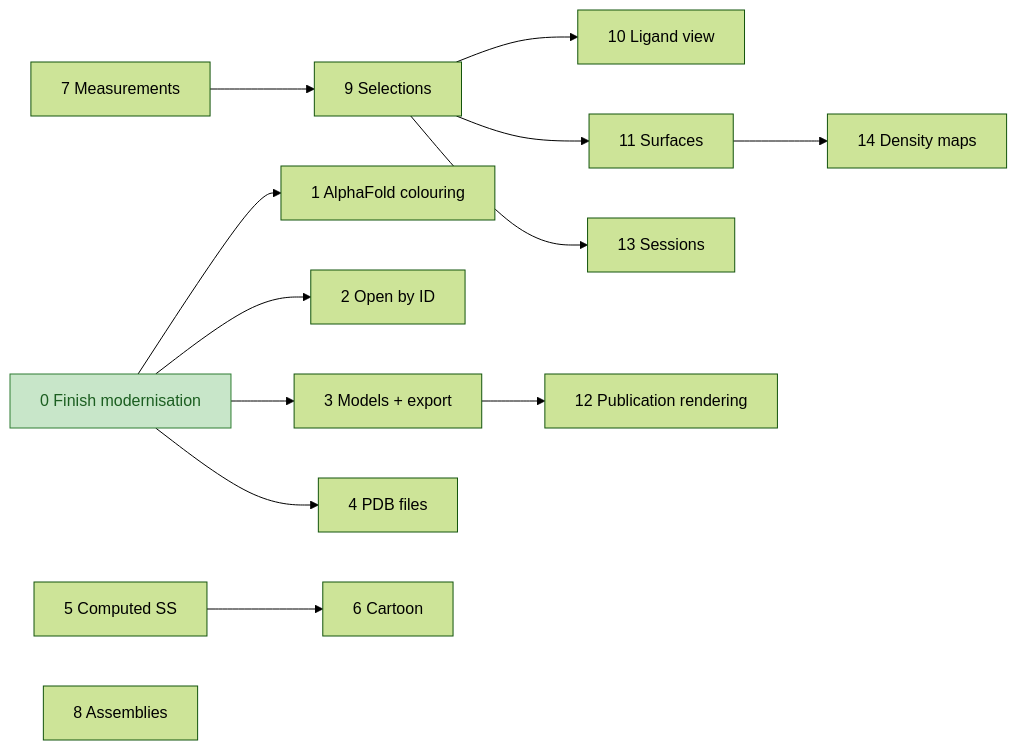
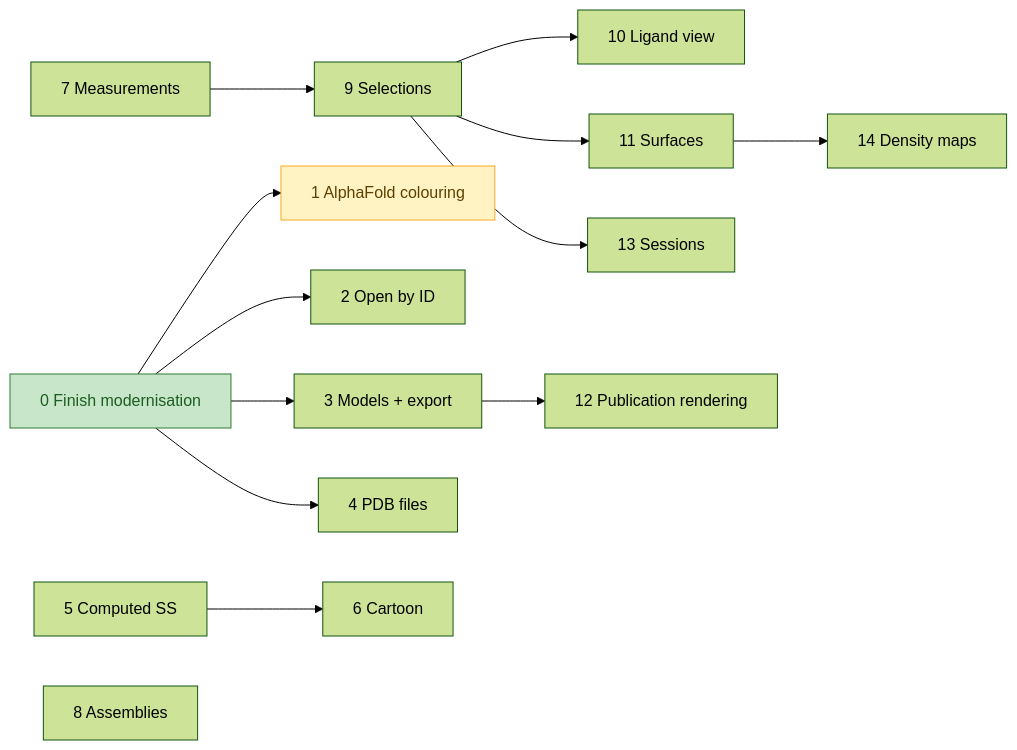
One commit to PorridgeBear/jmvs changed the diagram in docs/roadmap.md. Above: the diagram before and after it, drawn with Mermaid (forest theme). The commit also changed other lines of this file and 27 other files, not shown here.

````diff
--- a/docs/roadmap.md
+++ b/docs/roadmap.md
@@ -37,19 +37,20 @@
 ```mermaid
 flowchart LR
     S0[0 Finish modernisation] --> S1[1 AlphaFold colouring]
     S0 --> S2[2 Open by ID]
     S0 --> S3[3 Models + export]
     S0 --> S4[4 PDB files]
     S5[5 Computed SS] --> S6[6 Cartoon]
     S7[7 Measurements] --> S9[9 Selections]
     S9 --> S10[10 Ligand view]
     S9 --> S11[11 Surfaces]
     S9 --> S13[13 Sessions]
     S3 --> S12[12 Publication rendering]
     S11 --> S14[14 Density maps]
     S8[8 Assemblies]
 
     classDef done fill:#c8e6c9,stroke:#2e7d32,color:#1b5e20
     classDef inProgress fill:#fff3c4,stroke:#f9a825,color:#5d4000
     class S0 done
+    class S1 inProgress
 ```
````
